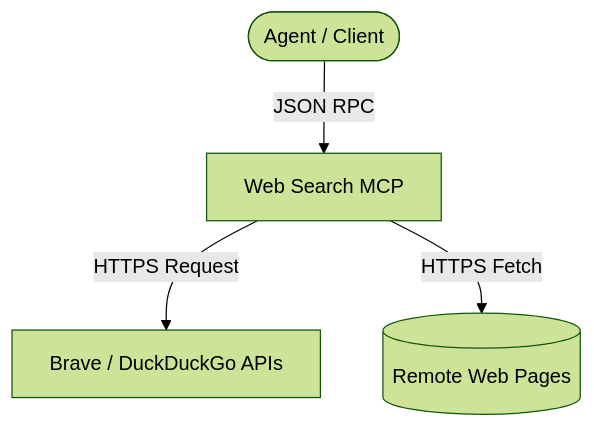
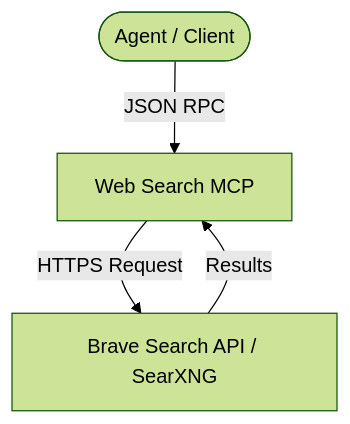
One commit to rauseoj89/Agy-MCP changed the diagram in mcp-blueprints/web-search-mcp/BLUEPRINT.md. Above: the diagram before and after it, drawn with Mermaid (forest theme). The commit also changed other lines of this file and 14 other files, not shown here.

Commit message:
fix(mcp-bp): replace nonexistent packages, standardize schemas, and retire nas-tools

````diff
--- a/mcp-blueprints/web-search-mcp/BLUEPRINT.md
+++ b/mcp-blueprints/web-search-mcp/BLUEPRINT.md
@@ -9,6 +12,6 @@
 ```mermaid
 graph TD
     Agent([Agent / Client]) -->|JSON RPC| MCP[Web Search MCP]
-    MCP -->|HTTPS Request| Search[Brave / DuckDuckGo APIs]
-    MCP -->|HTTPS Fetch| Web[(Remote Web Pages)]
+    MCP -->|HTTPS Request| Search[Brave Search API / SearXNG]
+    Search -->|Results| MCP
 ```
````
